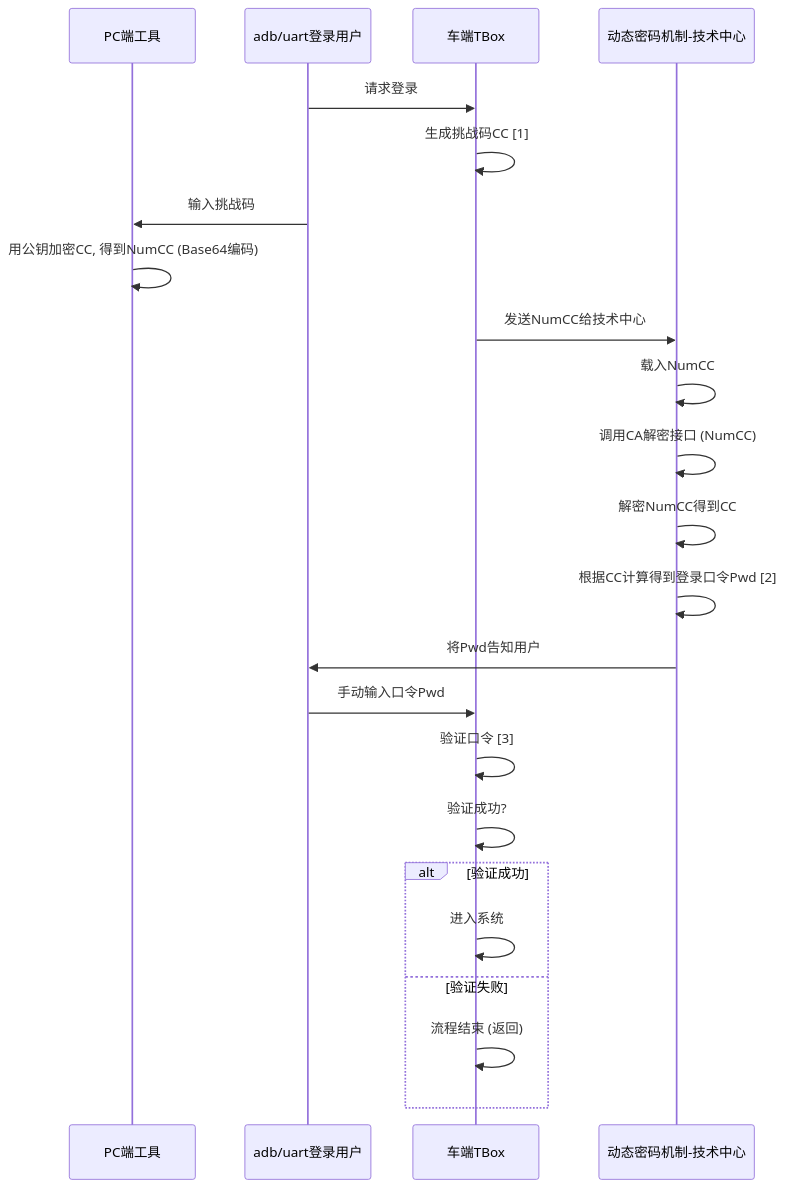
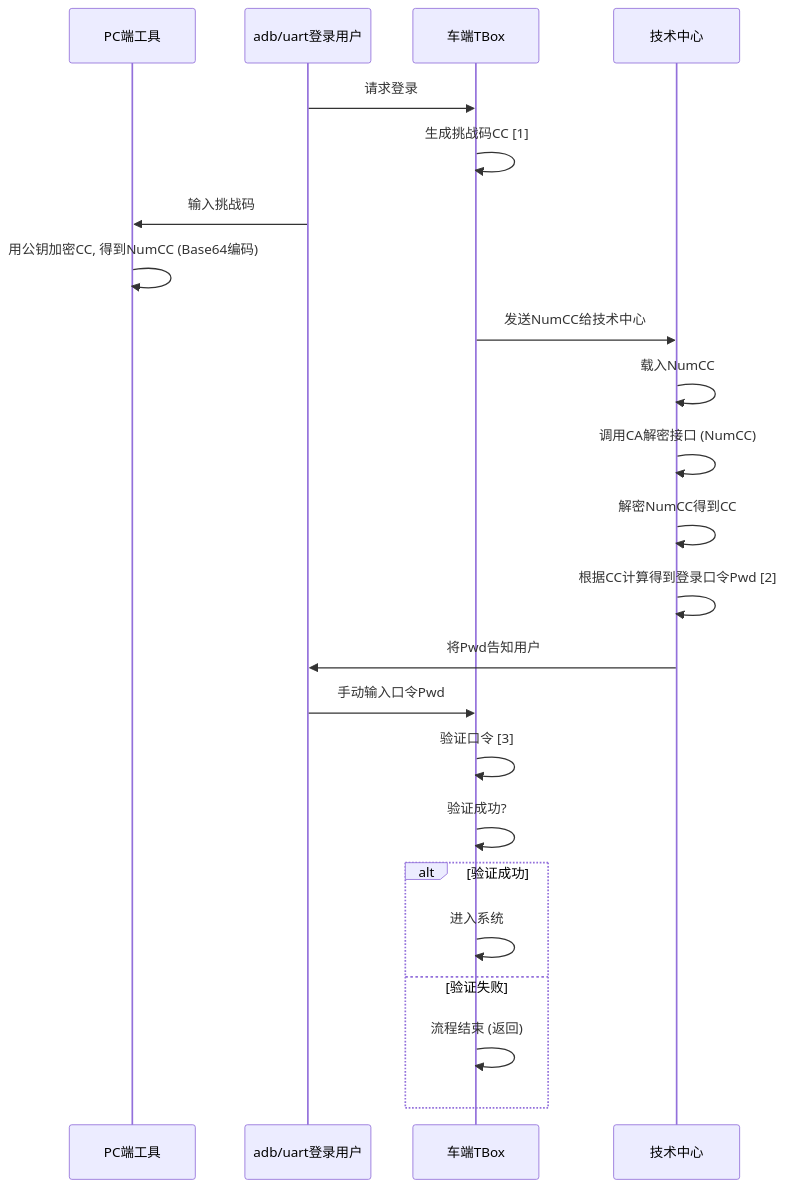
Before and after one commit to facebook-cloud/iodraw-files: the diagram in all/未命名-13.md, drawn with Mermaid.

Commit message:
2026-01-26 18:18:29 update

````diff
--- a/all/未命名-13.md
+++ b/all/未命名-13.md
@@ -1,29 +1,29 @@
 ```mermaid
 sequenceDiagram
     participant pc as PC端工具
     participant user as adb/uart登录用户
     participant tbox as 车端TBox
-    participant tech_center as 动态密码机制-技术中心
+    participant tech_center as 技术中心
   
 
     user->>tbox: 请求登录
     tbox->>tbox: 生成挑战码CC [1]
     user->>pc: 输入挑战码
     pc->>pc: 用公钥加密CC, 得到NumCC (Base64编码)
     tbox->>tech_center: 发送NumCC给技术中心
     tech_center->>tech_center: 载入NumCC
     tech_center->>tech_center: 调用CA解密接口 (NumCC)
     tech_center->>tech_center: 解密NumCC得到CC
     tech_center->>tech_center: 根据CC计算得到登录口令Pwd [2]
     tech_center->>user: 将Pwd告知用户
     user->>tbox: 手动输入口令Pwd
     tbox->>tbox: 验证口令 [3]
     tbox->>tbox: 验证成功?
     alt 验证成功
         tbox->>tbox: 进入系统
     else 验证失败
         tbox->>tbox: 流程结束 (返回)
     end
 
 
 ```
````
